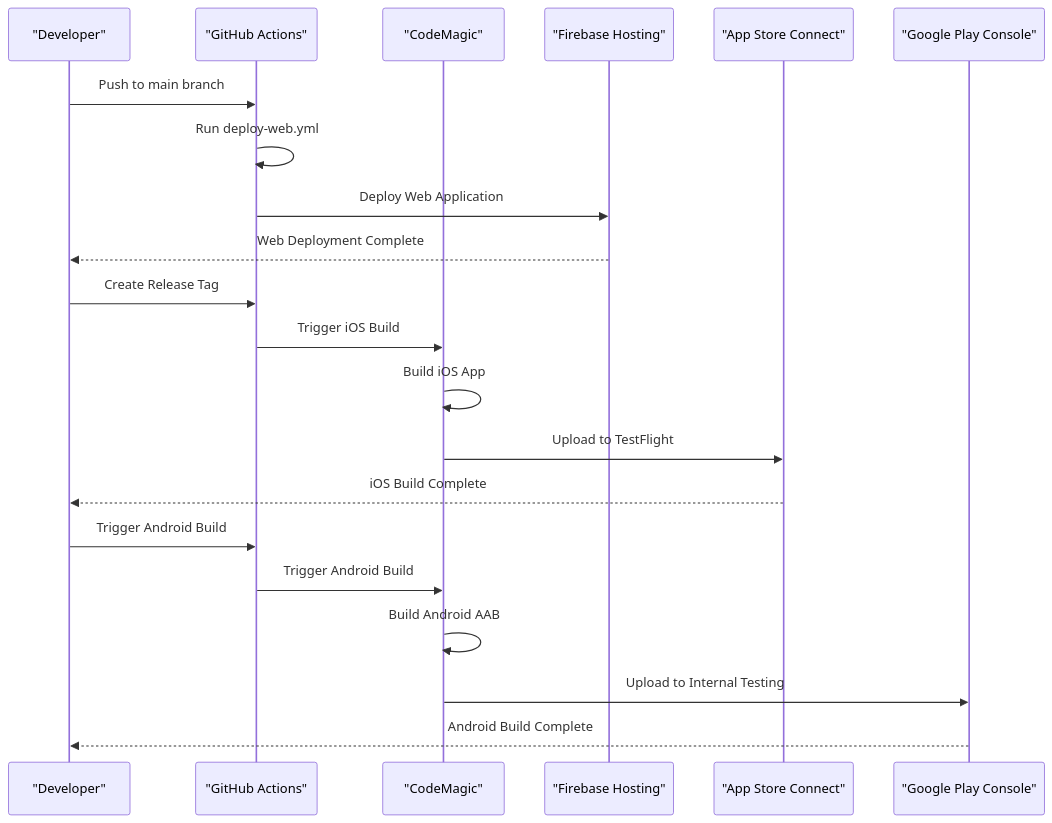
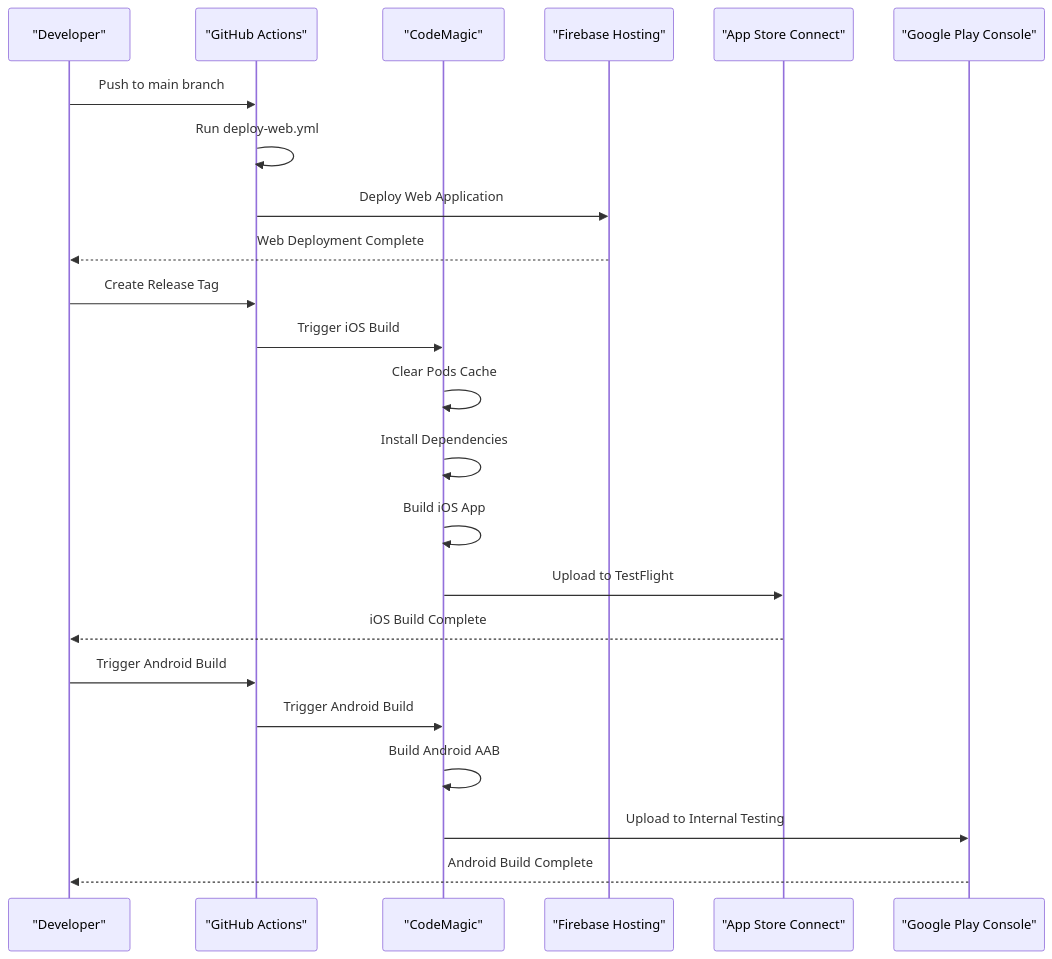
One commit to raihom-netizen/com.gestaoyahwehios.app changed the second of 3 diagrams in .qoder/repowiki/en/content/Deployment & DevOps/CI_CD Pipeline Configuration/CI_CD Pipeline Configuration.md. Above: the diagram before and after it, drawn with Mermaid. The commit also changed other lines of this file and 161 other files, not shown here.

````diff
--- a/.qoder/repowiki/en/content/Deployment & DevOps/CI_CD Pipeline Configuration/CI_CD Pipeline Configuration.md
+++ b/.qoder/repowiki/en/content/Deployment & DevOps/CI_CD Pipeline Configuration/CI_CD Pipeline Configuration.md
@@ -108,23 +115,25 @@
 ```mermaid
 sequenceDiagram
 participant Dev as "Developer"
 participant GitHub as "GitHub Actions"
 participant CodeMagic as "CodeMagic"
 participant Firebase as "Firebase Hosting"
 participant AppStore as "App Store Connect"
 participant PlayStore as "Google Play Console"
 Dev->>GitHub : Push to main branch
 GitHub->>GitHub : Run deploy-web.yml
 GitHub->>Firebase : Deploy Web Application
 Firebase-->>Dev : Web Deployment Complete
 Dev->>GitHub : Create Release Tag
 GitHub->>CodeMagic : Trigger iOS Build
+CodeMagic->>CodeMagic : Clear Pods Cache
+CodeMagic->>CodeMagic : Install Dependencies
 CodeMagic->>CodeMagic : Build iOS App
 CodeMagic->>AppStore : Upload to TestFlight
 AppStore-->>Dev : iOS Build Complete
 Dev->>GitHub : Trigger Android Build
 GitHub->>CodeMagic : Trigger Android Build
 CodeMagic->>CodeMagic : Build Android AAB
 CodeMagic->>PlayStore : Upload to Internal Testing
 PlayStore-->>Dev : Android Build Complete
 ```
````
